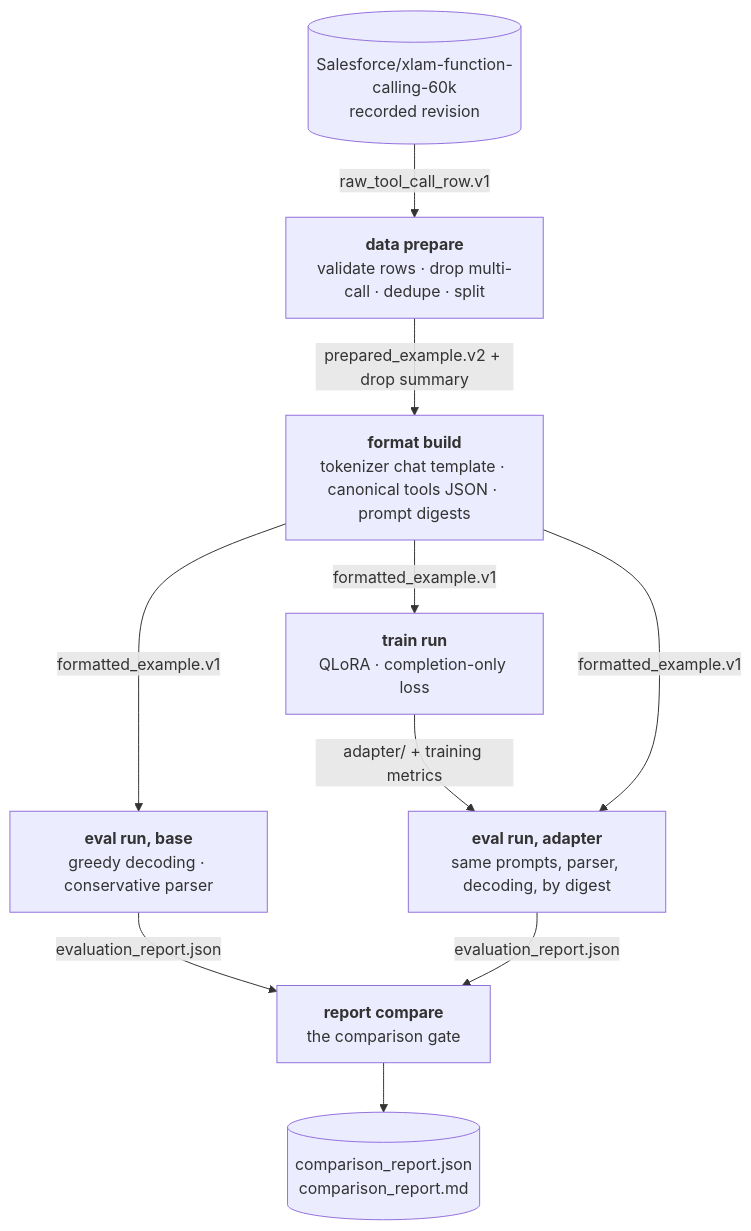
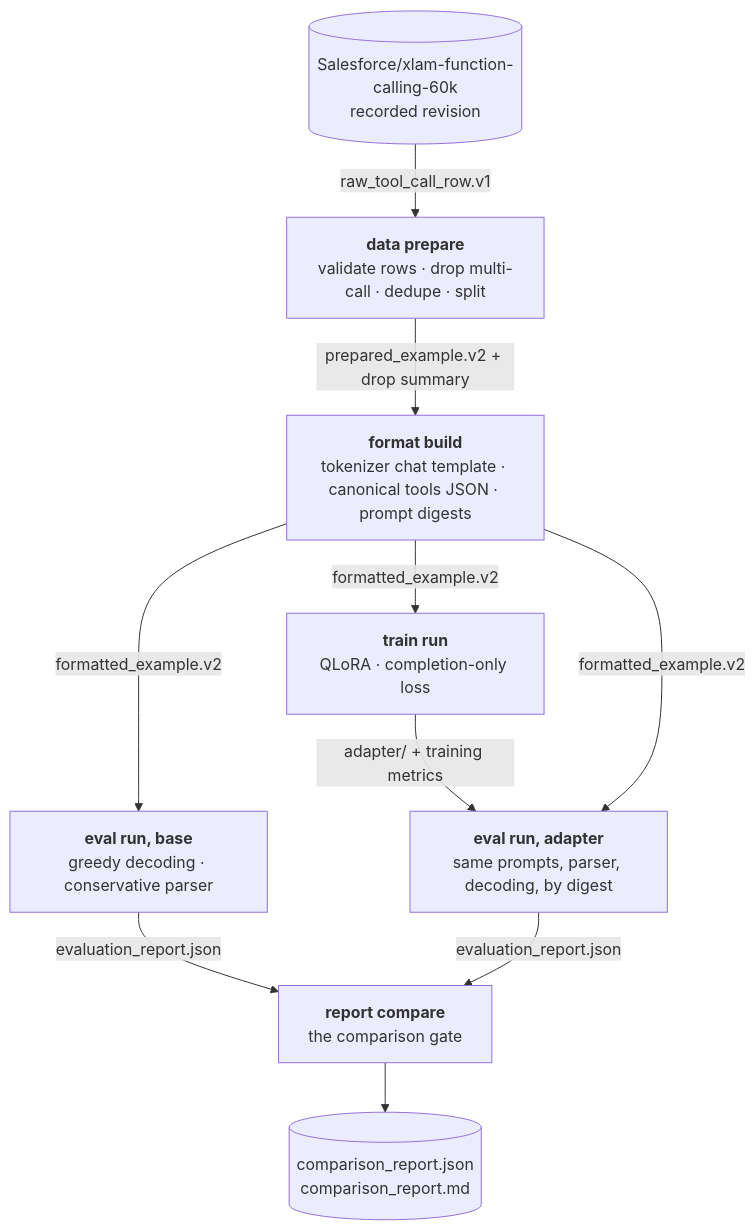
One commit to AbdelStark/sommelier changed the diagram in docs/concepts/pipeline.md. Above: the diagram before and after it, drawn with Mermaid. The commit also changed 19 other files, not shown here.

First line of the commit message:
Carry language through formatting, training selection, and the sequence audit

````diff
--- a/docs/concepts/pipeline.md
+++ b/docs/concepts/pipeline.md
@@ -7,19 +7,19 @@
 ```mermaid
 flowchart TB
     raw[("Salesforce/xlam-function-calling-60k<br>recorded revision")]
     raw -->|raw_tool_call_row.v1| P1
     P1["<b>data prepare</b><br>validate rows · drop multi-call · dedupe · split"]
     P1 -->|prepared_example.v2 + drop summary| P2
     P2["<b>format build</b><br>tokenizer chat template · canonical tools JSON · prompt digests"]
-    P2 -->|formatted_example.v1| E1
-    P2 -->|formatted_example.v1| T
+    P2 -->|formatted_example.v2| E1
+    P2 -->|formatted_example.v2| T
     E1["<b>eval run, base</b><br>greedy decoding · conservative parser"]
     T["<b>train run</b><br>QLoRA · completion-only loss"]
     T -->|adapter/ + training metrics| E2
-    P2 -->|formatted_example.v1| E2
+    P2 -->|formatted_example.v2| E2
     E2["<b>eval run, adapter</b><br>same prompts, parser, decoding, by digest"]
     E1 -->|evaluation_report.json| R
     E2 -->|evaluation_report.json| R
     R["<b>report compare</b><br>the comparison gate"]
     R --> OUT[("comparison_report.json<br>comparison_report.md")]
 ```
````
